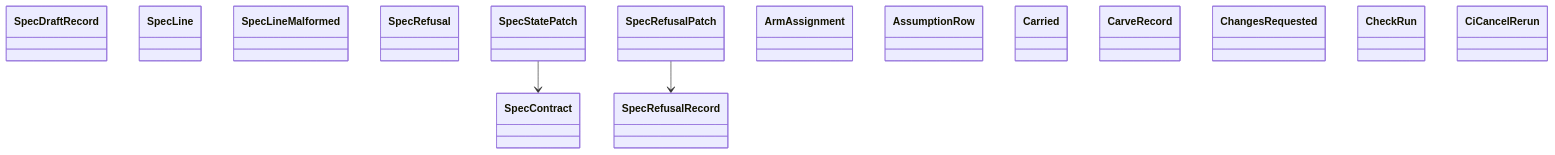
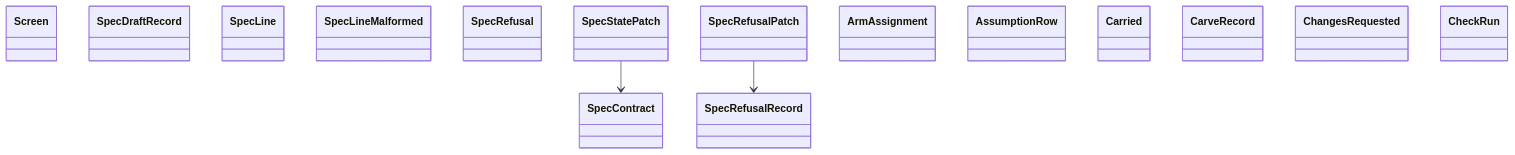
Before and after one commit to GonzaloZevallos/agentic-system: the diagram in docs/architecture/generated/classes-process-domain-state-4.md, drawn with Mermaid. The commit also changed 11 other files, not shown here.

````diff
--- a/docs/architecture/generated/classes-process-domain-state-4.md
+++ b/docs/architecture/generated/classes-process-domain-state-4.md
@@ -32,20 +32,20 @@
 ```mermaid
 classDiagram
+    class spec_delivery__Screen["Screen"]
     class spec_delivery__SpecContract["SpecContract"]
     class spec_delivery__SpecDraftRecord["SpecDraftRecord"]
     class spec_delivery__SpecLine["SpecLine"]
     class spec_delivery__SpecLineMalformed["SpecLineMalformed"]
     class spec_delivery__SpecRefusal["SpecRefusal"]
     class spec_delivery__SpecRefusalRecord["SpecRefusalRecord"]
     class spec_delivery__SpecStatePatch["SpecStatePatch"]
     class spec_route__SpecRefusalPatch["SpecRefusalPatch"]
     class task__ArmAssignment["ArmAssignment"]
     class task__AssumptionRow["AssumptionRow"]
     class task__Carried["Carried"]
     class task__CarveRecord["CarveRecord"]
     class task__ChangesRequested["ChangesRequested"]
     class task__CheckRun["CheckRun"]
-    class task__CiCancelRerun["CiCancelRerun"]
     spec_delivery__SpecStatePatch --> spec_delivery__SpecContract
     spec_route__SpecRefusalPatch --> spec_delivery__SpecRefusalRecord
 ```
````
